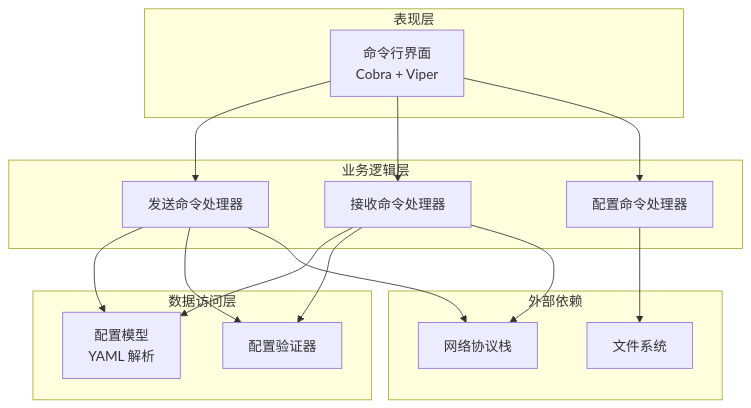
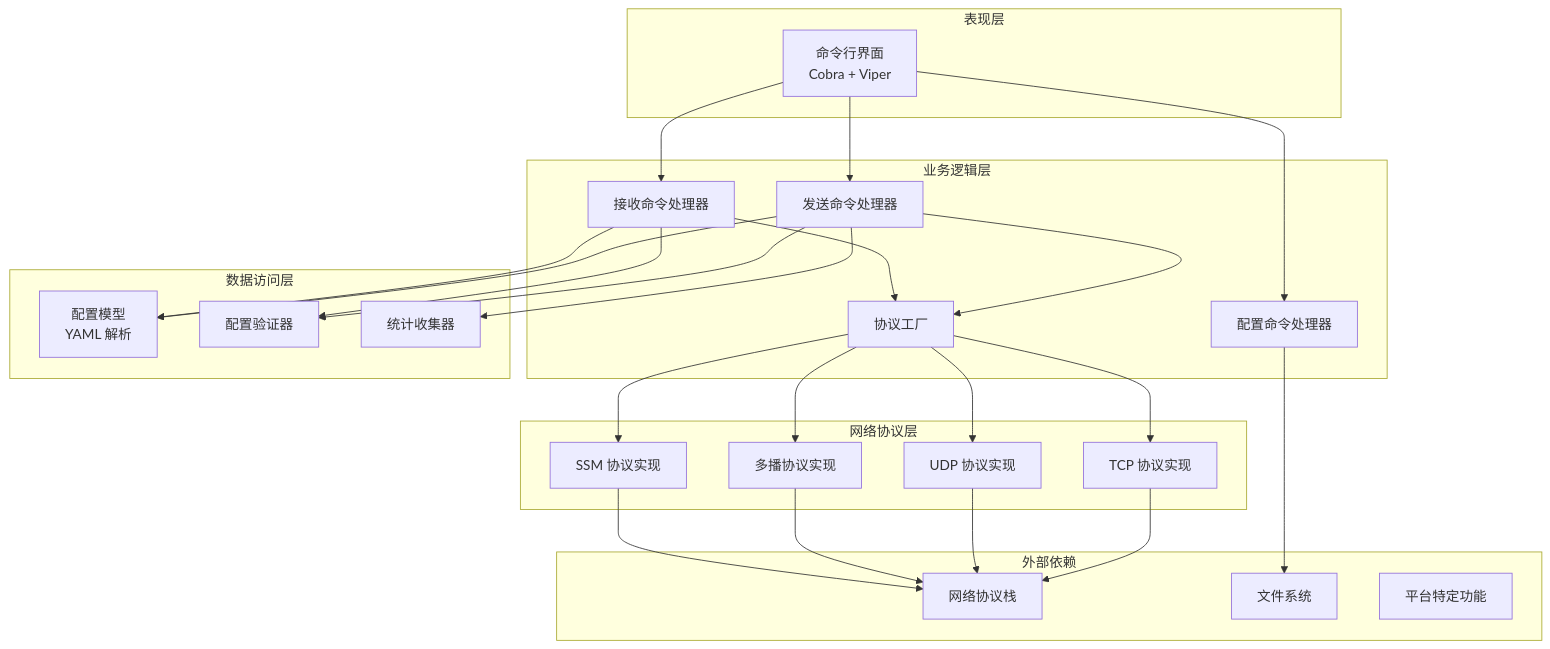
One commit to yanzhen74/ping-x changed the second of 10 diagrams in .qoder/repowiki/zh/content/开发者指南.md. Above: the diagram before and after it, drawn with Mermaid. The commit also changed other lines of this file and 16 other files, not shown here.

````diff
--- a/.qoder/repowiki/zh/content/开发者指南.md
+++ b/.qoder/repowiki/zh/content/开发者指南.md
@@ -94,29 +139,47 @@
 ```mermaid
 graph TB
 subgraph "表现层"
 CLI[命令行界面<br/>Cobra + Viper]
 end
 subgraph "业务逻辑层"
 SendCmd[发送命令处理器]
 RecvCmd[接收命令处理器]
 ConfigCmd[配置命令处理器]
+ProtocolFactory[协议工厂]
 end
 subgraph "数据访问层"
 ConfigModel[配置模型<br/>YAML 解析]
 Validation[配置验证器]
+StatsCollector[统计收集器]
+end
+subgraph "网络协议层"
+TCP[TCP 协议实现]
+UDP[UDP 协议实现]
+Multicast[多播协议实现]
+SSM[SSM 协议实现]
 end
 subgraph "外部依赖"
 Network[网络协议栈]
 FileSystem[文件系统]
+Platform[平台特定功能]
 end
 CLI --> SendCmd
 CLI --> RecvCmd
 CLI --> ConfigCmd
+SendCmd --> ProtocolFactory
+RecvCmd --> ProtocolFactory
+ProtocolFactory --> TCP
+ProtocolFactory --> UDP
+ProtocolFactory --> Multicast
+ProtocolFactory --> SSM
 SendCmd --> ConfigModel
 RecvCmd --> ConfigModel
 ConfigCmd --> FileSystem
 SendCmd --> Validation
 RecvCmd --> Validation
-SendCmd --> Network
-RecvCmd --> Network
+SendCmd --> StatsCollector
+TCP --> Network
+UDP --> Network
+Multicast --> Network
+SSM --> Network
 ```
````
